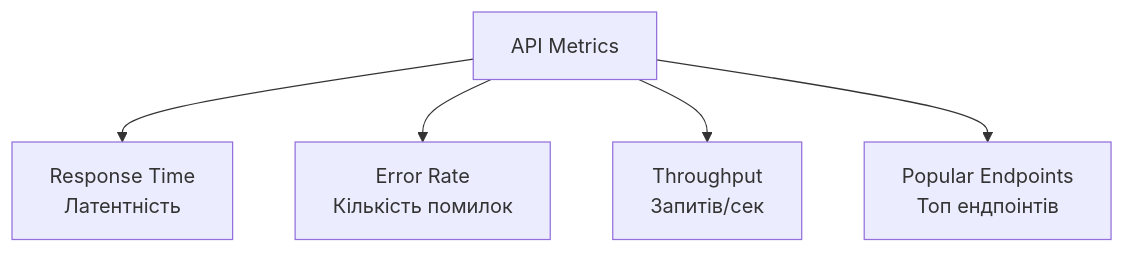
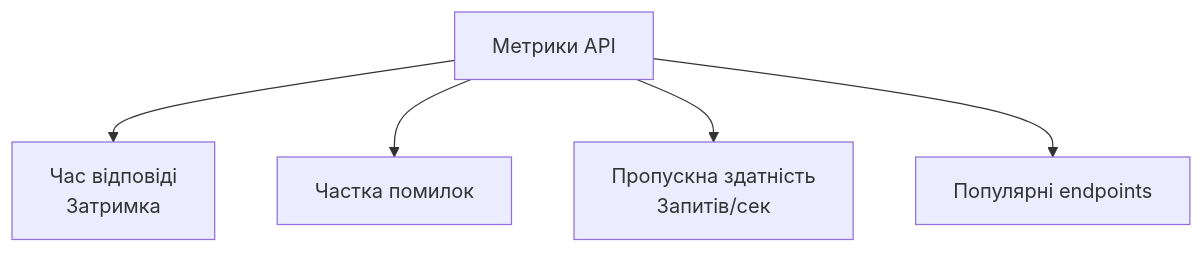
The ninth of 9 diagrams in presentations/presentation-11.md (olroi421/course-opi-v2), drawn with Mermaid before and after one commit. The commit also changed other lines of this file and 10 other files, not shown here.

````diff
--- a/presentations/presentation-11.md
+++ b/presentations/presentation-11.md
@@ -707,7 +931,7 @@
 ```mermaid
 graph TB
-    A[API Metrics] --> B[Response Time<br/>Латентність]
-    A --> C[Error Rate<br/>Кількість помилок]
-    A --> D[Throughput<br/>Запитів/сек]
-    A --> E[Popular Endpoints<br/>Топ ендпоінтів]
+    A["Метрики API"] --> B["Час відповіді<br/>Затримка"]
+    A --> C["Частка помилок"]
+    A --> D["Пропускна здатність<br/>Запитів/сек"]
+    A --> E["Популярні endpoints"]
 ```
````
